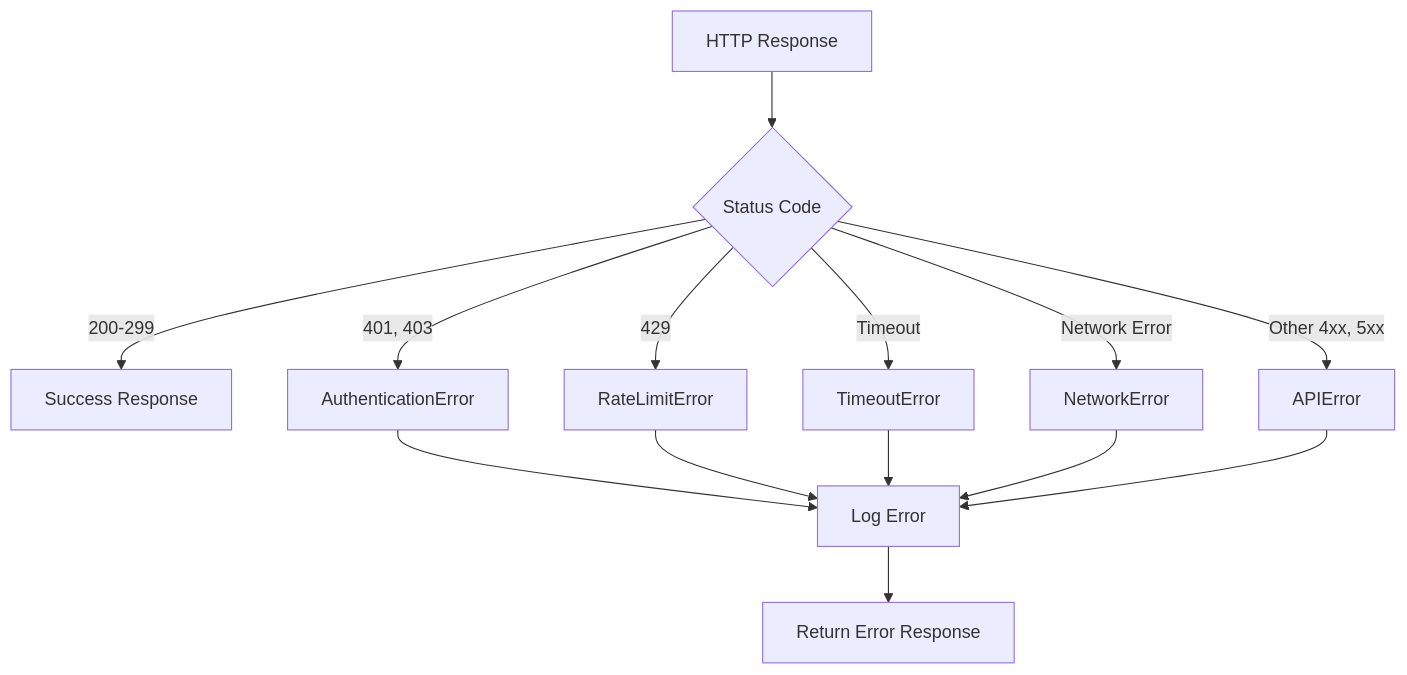
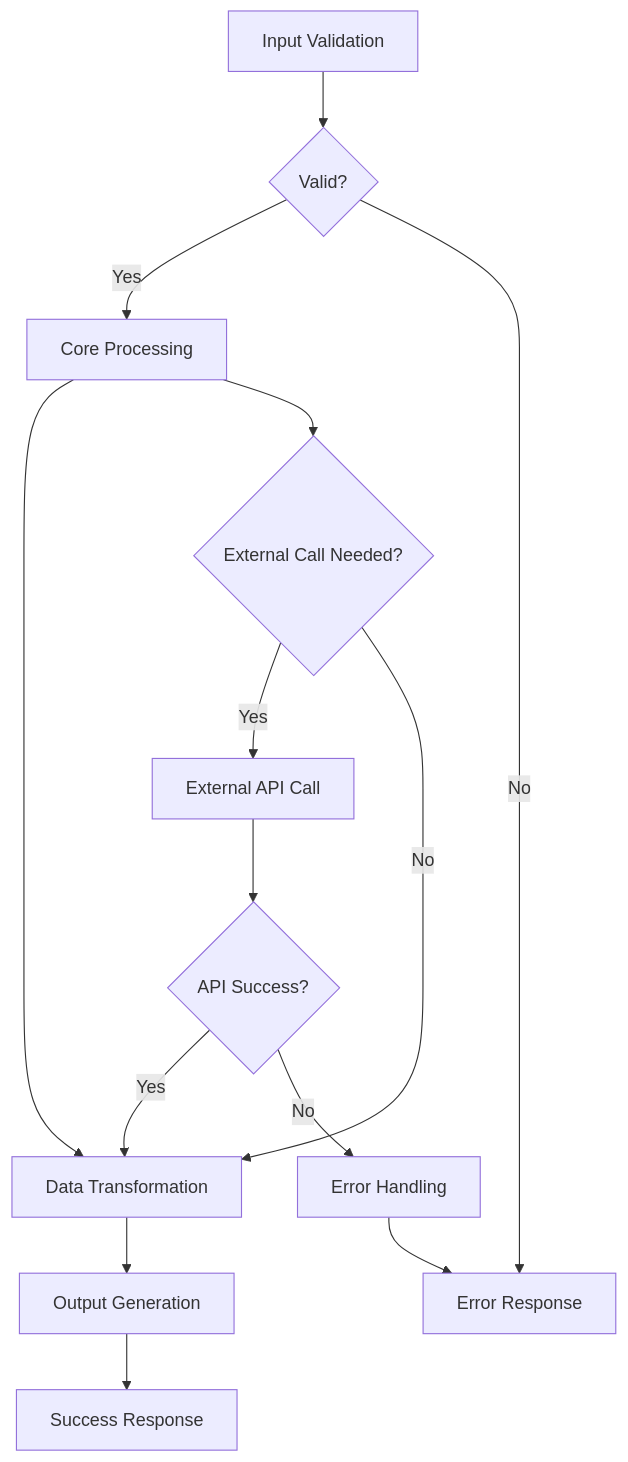
One commit to yeonjae-work/universal-modules changed the fourth of 4 diagrams in packages/yeonjae-universal-http-api-client/docs/technical-specification.md. Above: the diagram before and after it, drawn with Mermaid. The commit also changed other lines of this file and 11 other files, not shown here.

````diff
--- a/packages/yeonjae-universal-http-api-client/docs/technical-specification.md
+++ b/packages/yeonjae-universal-http-api-client/docs/technical-specification.md
@@ -290,18 +171,17 @@
 ```mermaid
 flowchart TD
-    A[HTTP Response] --> B{Status Code}
-    B -->|200-299| C[Success Response]
-    B -->|401, 403| D[AuthenticationError]
-    B -->|429| E[RateLimitError]
-    B -->|Timeout| F[TimeoutError]
-    B -->|Network Error| G[NetworkError]
-    B -->|Other 4xx, 5xx| H[APIError]
+    A[Input Validation] --> B{Valid?}
+    B -->|Yes| C[Core Processing]
+    B -->|No| D[Error Response]
+    C --> E[Data Transformation]
+    E --> F[Output Generation]
+    F --> G[Success Response]
     
-    D --> I[Log Error]
-    E --> I
-    F --> I
-    G --> I
-    H --> I
-    
-    I --> J[Return Error Response]
+    C --> H{External Call Needed?}
+    H -->|Yes| I[External API Call]
+    H -->|No| E
+    I --> J{API Success?}
+    J -->|Yes| E
+    J -->|No| K[Error Handling]
+    K --> D
 ```
````
